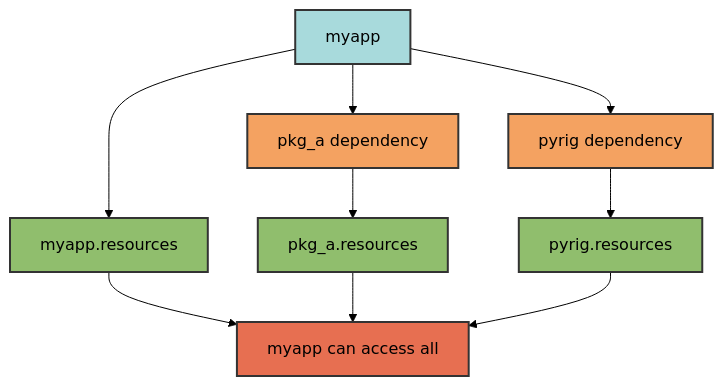
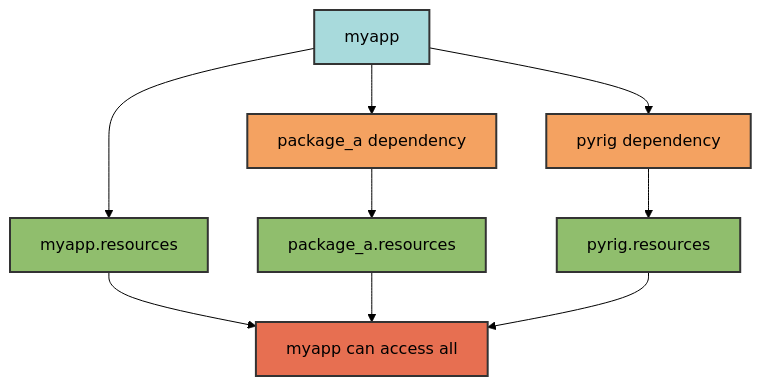
One commit to Winipedia/pyrig changed the second of 2 diagrams in docs/resources/resources.md. Above: the diagram before and after it, drawn with Mermaid (forest theme). The commit also changed other lines of this file and 46 other files, not shown here.

Commit message:
pkg to contanat package usage of naming convetion

````diff
--- a/docs/resources/resources.md
+++ b/docs/resources/resources.md
@@ -149,20 +149,20 @@
 ```mermaid
 graph TD
     A[myapp] --> B[myapp.resources]
-    A --> C[pkg_a dependency]
-    C --> D[pkg_a.resources]
+    A --> C[package_a dependency]
+    C --> D[package_a.resources]
     A --> E[pyrig dependency]
     E --> F[pyrig.resources]
 
     B --> G[myapp can access all]
     D --> G
     F --> G
 
     style A fill:#a8dadc,stroke:#333,stroke-width:2px,color:#000
     style B fill:#90be6d,stroke:#333,stroke-width:2px,color:#000
     style C fill:#f4a261,stroke:#333,stroke-width:2px,color:#000
     style D fill:#90be6d,stroke:#333,stroke-width:2px,color:#000
     style E fill:#f4a261,stroke:#333,stroke-width:2px,color:#000
     style F fill:#90be6d,stroke:#333,stroke-width:2px,color:#000
     style G fill:#e76f51,stroke:#333,stroke-width:2px,color:#000
 ```
````
